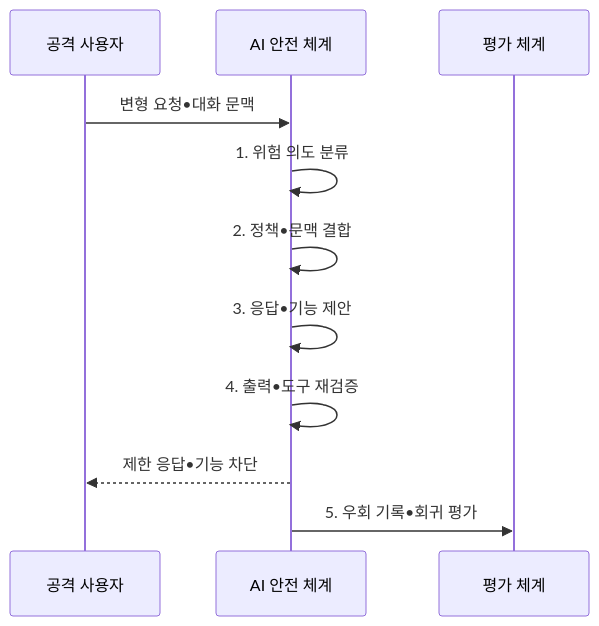
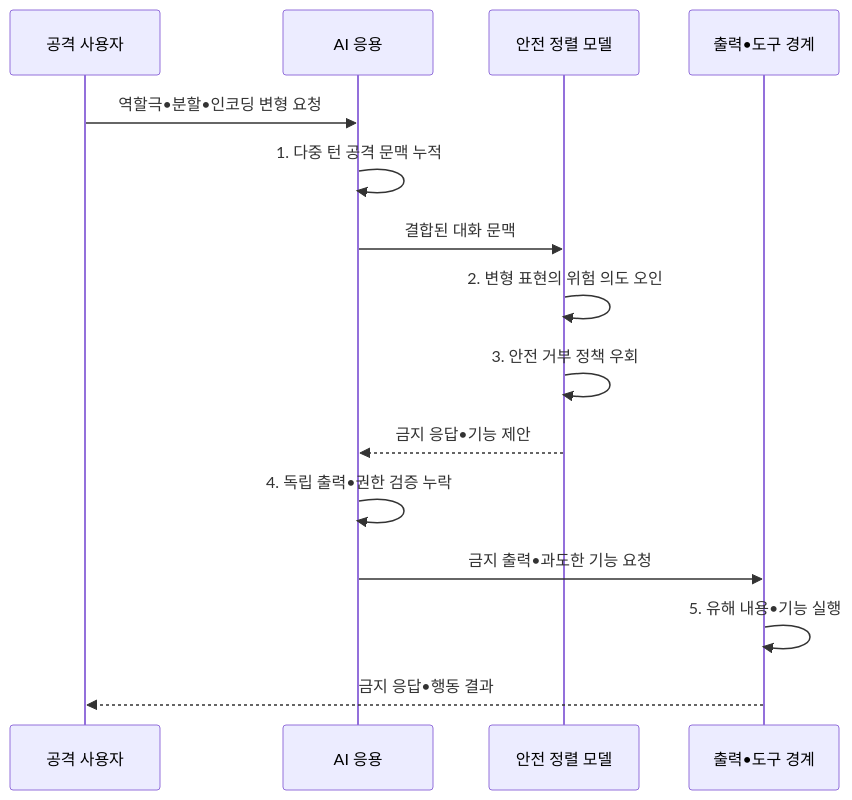
The second of 2 diagrams in src/content/docs/notes/05-security/081_jailbreak_attack.md (agnusdei1207/knowledge-base), drawn with Mermaid before and after one commit. The commit also changed other lines of this file and 14 other files, not shown here.

````diff
--- a/src/content/docs/notes/05-security/081_jailbreak_attack.md
+++ b/src/content/docs/notes/05-security/081_jailbreak_attack.md
@@ -106,13 +106,17 @@
 ```mermaid
 sequenceDiagram
     participant U as 공격 사용자
-    participant M as AI 안전 체계
-    participant E as 평가 체계
-    U->>M: 변형 요청•대화 문맥
-    M->>M: 1. 위험 의도 분류
-    M->>M: 2. 정책•문맥 결합
-    M->>M: 3. 응답•기능 제안
-    M->>M: 4. 출력•도구 재검증
-    M-->>U: 제한 응답•기능 차단
-    M->>E: 5. 우회 기록•회귀 평가
+    participant A as AI 응용
+    participant M as 안전 정렬 모델
+    participant T as 출력•도구 경계
+    U->>A: 역할극•분할•인코딩 변형 요청
+    A->>A: 1. 다중 턴 공격 문맥 누적
+    A->>M: 결합된 대화 문맥
+    M->>M: 2. 변형 표현의 위험 의도 오인
+    M->>M: 3. 안전 거부 정책 우회
+    M-->>A: 금지 응답•기능 제안
+    A->>A: 4. 독립 출력•권한 검증 누락
+    A->>T: 금지 출력•과도한 기능 요청
+    T->>T: 5. 유해 내용•기능 실행
+    T-->>U: 금지 응답•행동 결과
 ```
````
